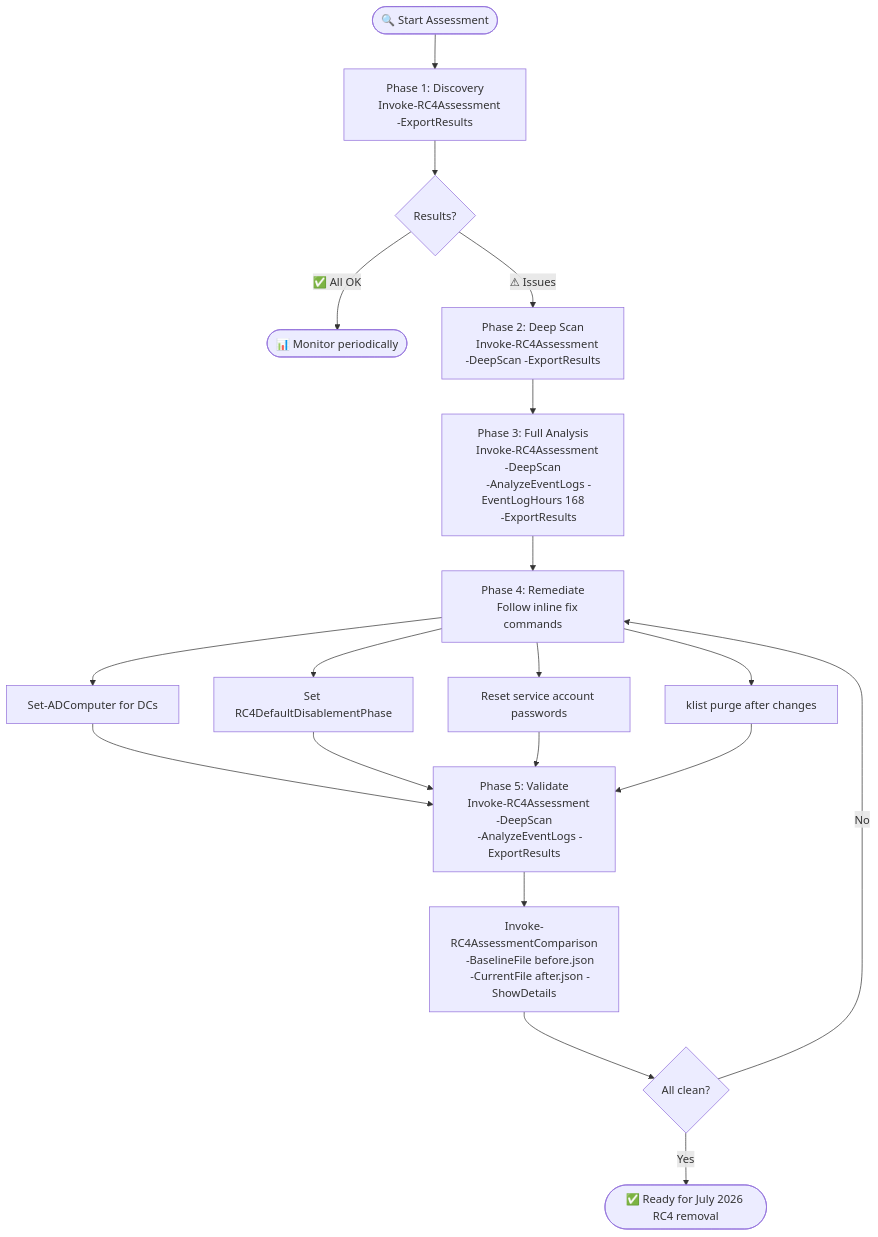
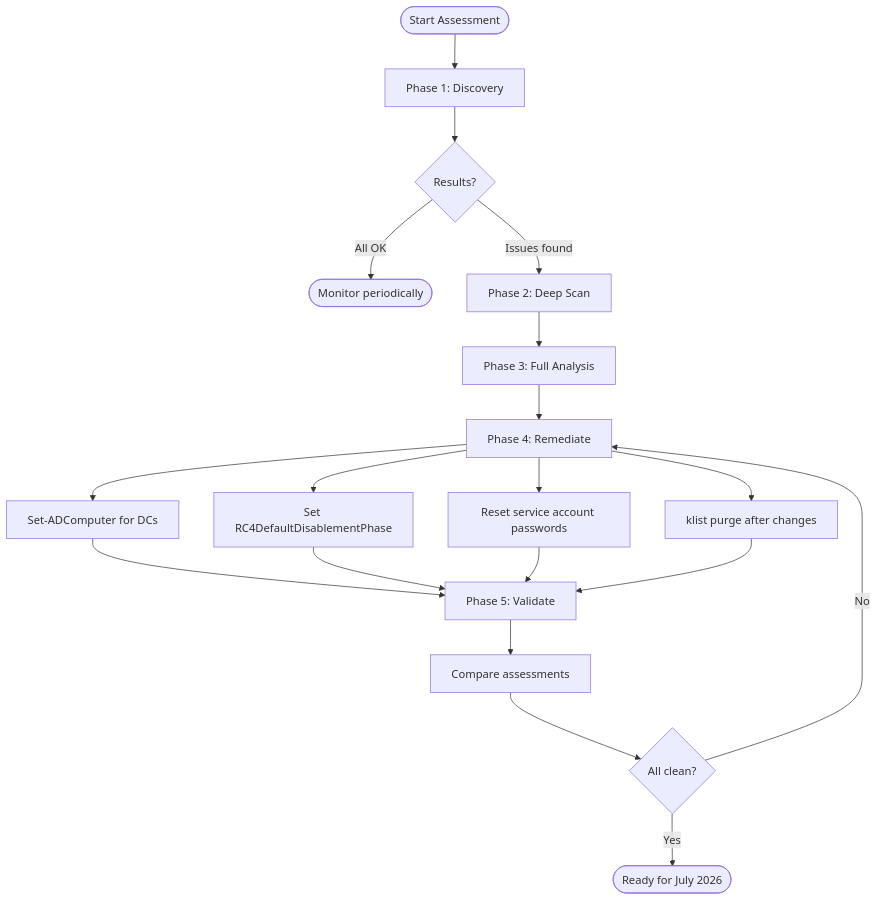
The diagram in README.md (BetaHydri/RC4-ADAssessment), drawn with Mermaid before and after one commit. The commit also changed other lines of this file, not shown here.

Commit message:
docs: fix documentation bug +semver: none

````diff
--- a/README.md
+++ b/README.md
@@ -228,41 +228,32 @@
 ```mermaid
 flowchart TD
-    Start([🔍 Start Assessment]) --> P1
+    Start(["Start Assessment"])
+    Start --> P1
 
-    P1["Phase 1: Discovery
-    Invoke-RC4Assessment -ExportResults"]
-    P1 --> Decision{Results?}
+    P1["Phase 1: Discovery"]
+    P1 --> Decision{"Results?"}
 
-    Decision -- ✅ All OK --> Monitor([📊 Monitor periodically])
-    Decision -- ⚠ Issues --> P2
+    Decision -- "All OK" --> Monitor(["Monitor periodically"])
+    Decision -- "Issues found" --> P2
 
-    P2["Phase 2: Deep Scan
-    Invoke-RC4Assessment -DeepScan -ExportResults"]
+    P2["Phase 2: Deep Scan"]
     P2 --> P3
 
-    P3["Phase 3: Full Analysis
-    Invoke-RC4Assessment -DeepScan
-    -AnalyzeEventLogs -EventLogHours 168
-    -ExportResults"]
+    P3["Phase 3: Full Analysis"]
     P3 --> P4
 
-    P4["Phase 4: Remediate
-    Follow inline fix commands"]
+    P4["Phase 4: Remediate"]
     P4 --> P4a["Set-ADComputer for DCs"]
     P4 --> P4b["Set RC4DefaultDisablementPhase"]
     P4 --> P4c["Reset service account passwords"]
     P4 --> P4d["klist purge after changes"]
 
     P4a & P4b & P4c & P4d --> P5
 
-    P5["Phase 5: Validate
-    Invoke-RC4Assessment -DeepScan
-    -AnalyzeEventLogs -ExportResults"]
-    P5 --> Compare["Invoke-RC4AssessmentComparison
-    -BaselineFile before.json
-    -CurrentFile after.json -ShowDetails"]
-    Compare --> Check{All clean?}
+    P5["Phase 5: Validate"]
+    P5 --> Compare["Compare assessments"]
+    Compare --> Check{"All clean?"}
 
-    Check -- No --> P4
-    Check -- Yes --> Done([✅ Ready for July 2026 RC4 removal])
+    Check -- "No" --> P4
+    Check -- "Yes" --> Done(["Ready for July 2026"])
 ```
````
